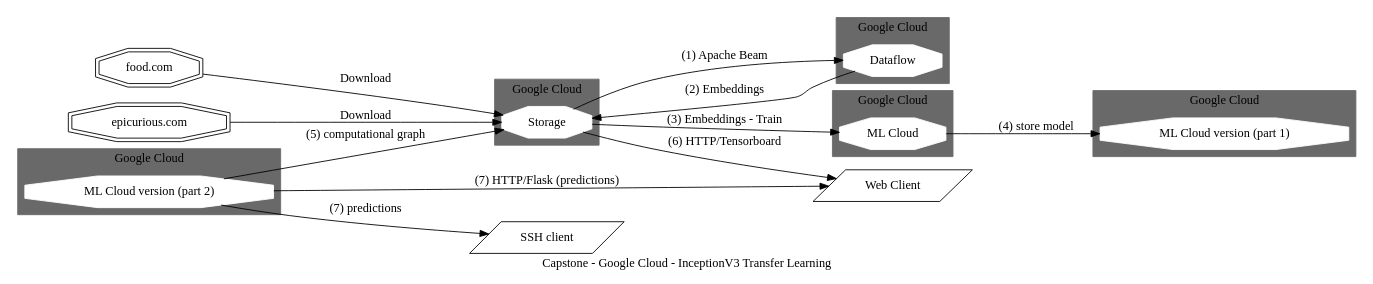
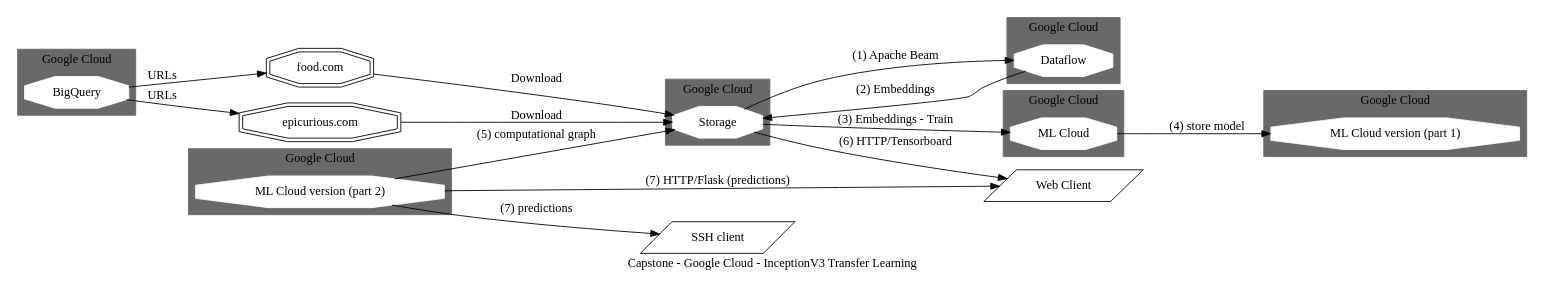
Before and after one commit to carlespoles/DSCI6051-student: the diagram in capstone-diagram.gv, drawn with Graphviz. The commit also changed 3 other files, not shown here.

Commit message:
check diagram

```diff
--- a/capstone-diagram.gv
+++ b/capstone-diagram.gv
@@ -1,54 +1,63 @@
 // Data Flow
 digraph {
 	graph [rankdir=LR]
 	label = "Capstone - Google Cloud - InceptionV3 Transfer Learning"
 		subgraph cluster_0 {
 			node [color=white style=filled]
 			style=filled
 			color=dimgray
 			label = "Google Cloud"
 				Storage [shape=octagon]
 		}
 		subgraph cluster_1 {
 			node [color=white style=filled]
 			style=filled
 			color=dimgray
 			label = "Google Cloud"
 				Dataflow [shape=octagon]
 		}
 		subgraph cluster_2 {
 			node [color=white style=filled]
 			style=filled
 			color=dimgray
 			label = "Google Cloud"
 				"ML Cloud" [shape=octagon]
 		}
 		subgraph cluster_3 {
 			node [color=white style=filled]
 			style=filled
 			color=dimgray
 			label = "Google Cloud"
 				"ML Cloud version (part 1)" [shape=octagon]
 		}
 		subgraph cluster_4 {
 			node [color=white style=filled]
 			style=filled
 			color=dimgray
 			label = "Google Cloud"
 				"ML Cloud version (part 2)" [shape=octagon]
 		}
+		subgraph cluster_5 {
+			node [color=white style=filled]
+			style=filled
+			color=dimgray
+			label = "Google Cloud"
+				BigQuery [shape=octagon]
+		}
 		"food.com" [shape=doubleoctagon]
 		"epicurious.com" [shape=doubleoctagon]
 		"SSH client" [shape=parallelogram]
 		"Web Client" [shape=parallelogram]
 			"food.com" -> Storage [label=Download]
 			"epicurious.com" -> Storage [label=Download]
+			BigQuery -> "epicurious.com" [label=URLs]
+			BigQuery -> "food.com" [label=URLs]
 			Storage -> Dataflow [label="(1) Apache Beam"]
 			Dataflow -> Storage [label="(2) Embeddings"]
 			Storage -> "ML Cloud" [label="(3) Embeddings - Train"]
 			"ML Cloud" -> "ML Cloud version (part 1)" [label="(4) store model"]
 			"ML Cloud version (part 2)" -> Storage [label="(5) computational graph"]
 			Storage -> "Web Client" [label="(6) HTTP/Tensorboard"]
 			"ML Cloud version (part 2)" -> "Web Client" [label="(7) HTTP/Flask (predictions)"]
 			"ML Cloud version (part 2)" -> "SSH client" [label="(7) predictions"]
 }
```
